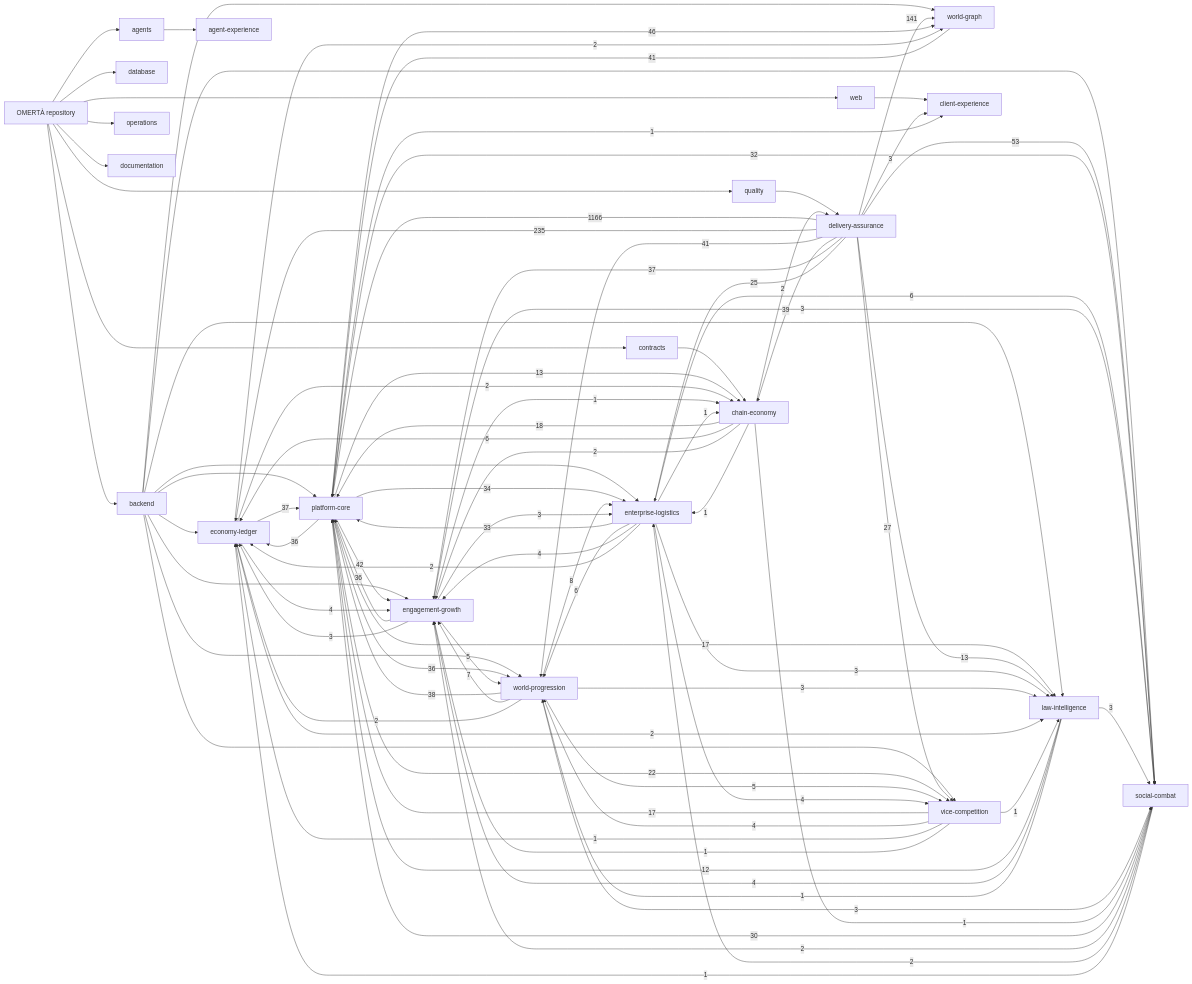
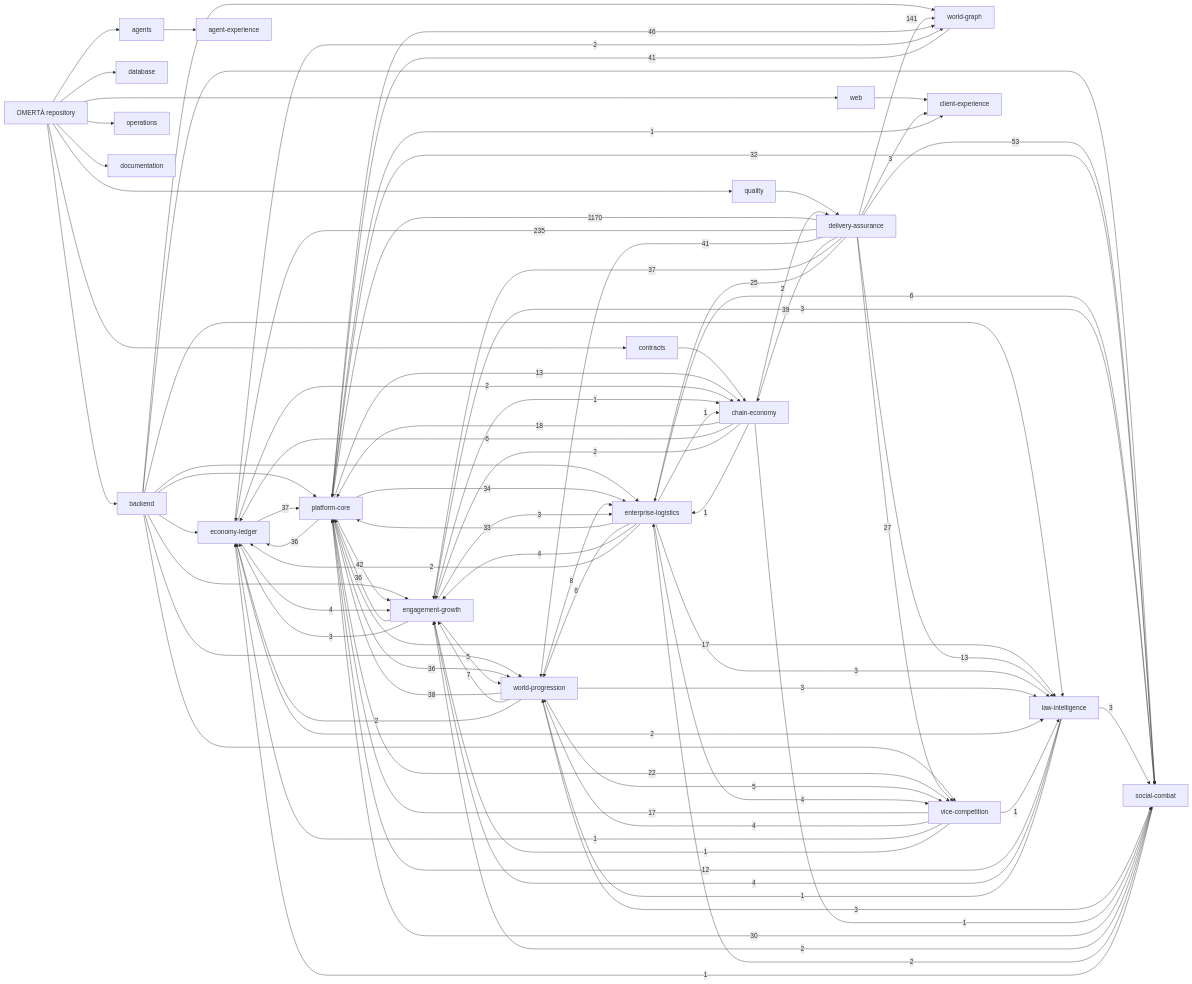
One commit to OmertaDev/Omerta changed the diagram in knowledge/generated/graph.mmd. Above: the diagram before and after it, drawn with Mermaid. The commit also changed 8 other files, not shown here.

```diff
--- a/knowledge/generated/graph.mmd
+++ b/knowledge/generated/graph.mmd
@@ -1,111 +1,111 @@
 flowchart LR
   repo["OMERTÀ repository"]
   sub_backend["backend"]
   repo --> sub_backend
   sub_database["database"]
   repo --> sub_database
   sub_web["web"]
   repo --> sub_web
   sub_contracts["contracts"]
   repo --> sub_contracts
   sub_agents["agents"]
   repo --> sub_agents
   sub_quality["quality"]
   repo --> sub_quality
   sub_operations["operations"]
   repo --> sub_operations
   sub_documentation["documentation"]
   repo --> sub_documentation
   dom_platform-core["platform-core"]
   dom_economy-ledger["economy-ledger"]
   dom_social-combat["social-combat"]
   dom_world-progression["world-progression"]
   dom_world-graph["world-graph"]
   dom_enterprise-logistics["enterprise-logistics"]
   dom_vice-competition["vice-competition"]
   dom_law-intelligence["law-intelligence"]
   dom_chain-economy["chain-economy"]
   dom_engagement-growth["engagement-growth"]
   dom_client-experience["client-experience"]
   dom_agent-experience["agent-experience"]
   dom_delivery-assurance["delivery-assurance"]
   sub_agents --> dom_agent-experience
   sub_backend --> dom_economy-ledger
   sub_backend --> dom_engagement-growth
   sub_backend --> dom_enterprise-logistics
   sub_backend --> dom_law-intelligence
   sub_backend --> dom_platform-core
   sub_backend --> dom_social-combat
   sub_backend --> dom_vice-competition
   sub_backend --> dom_world-graph
   sub_backend --> dom_world-progression
   sub_contracts --> dom_chain-economy
   sub_quality --> dom_delivery-assurance
   sub_web --> dom_client-experience
-  dom_delivery-assurance -->|1166| dom_platform-core
+  dom_delivery-assurance -->|1170| dom_platform-core
   dom_delivery-assurance -->|235| dom_economy-ledger
   dom_delivery-assurance -->|141| dom_world-graph
   dom_delivery-assurance -->|53| dom_social-combat
   dom_platform-core -->|46| dom_world-graph
   dom_platform-core -->|42| dom_engagement-growth
   dom_delivery-assurance -->|41| dom_world-progression
   dom_world-graph -->|41| dom_platform-core
   dom_delivery-assurance -->|39| dom_chain-economy
   dom_world-progression -->|38| dom_platform-core
   dom_delivery-assurance -->|37| dom_engagement-growth
   dom_economy-ledger -->|37| dom_platform-core
   dom_engagement-growth -->|36| dom_platform-core
   dom_platform-core -->|36| dom_economy-ledger
   dom_platform-core -->|36| dom_world-progression
   dom_platform-core -->|34| dom_enterprise-logistics
   dom_enterprise-logistics -->|33| dom_platform-core
   dom_platform-core -->|32| dom_social-combat
   dom_social-combat -->|30| dom_platform-core
   dom_delivery-assurance -->|27| dom_vice-competition
   dom_delivery-assurance -->|25| dom_enterprise-logistics
   dom_platform-core -->|22| dom_vice-competition
   dom_chain-economy -->|18| dom_platform-core
   dom_platform-core -->|17| dom_law-intelligence
   dom_vice-competition -->|17| dom_platform-core
   dom_delivery-assurance -->|13| dom_law-intelligence
   dom_platform-core -->|13| dom_chain-economy
   dom_law-intelligence -->|12| dom_platform-core
   dom_world-progression -->|8| dom_enterprise-logistics
   dom_world-progression -->|7| dom_engagement-growth
   dom_chain-economy -->|6| dom_economy-ledger
   dom_enterprise-logistics -->|6| dom_social-combat
   dom_enterprise-logistics -->|6| dom_world-progression
   dom_engagement-growth -->|5| dom_world-progression
   dom_world-progression -->|5| dom_vice-competition
   dom_economy-ledger -->|4| dom_engagement-growth
   dom_enterprise-logistics -->|4| dom_engagement-growth
   dom_enterprise-logistics -->|4| dom_vice-competition
   dom_law-intelligence -->|4| dom_engagement-growth
   dom_vice-competition -->|4| dom_world-progression
   dom_delivery-assurance -->|3| dom_client-experience
   dom_engagement-growth -->|3| dom_economy-ledger
   dom_engagement-growth -->|3| dom_enterprise-logistics
   dom_engagement-growth -->|3| dom_social-combat
   dom_enterprise-logistics -->|3| dom_law-intelligence
   dom_law-intelligence -->|3| dom_social-combat
   dom_world-progression -->|3| dom_law-intelligence
   dom_world-progression -->|3| dom_social-combat
   dom_chain-economy -->|2| dom_delivery-assurance
   dom_chain-economy -->|2| dom_engagement-growth
   dom_economy-ledger -->|2| dom_chain-economy
   dom_economy-ledger -->|2| dom_law-intelligence
   dom_economy-ledger -->|2| dom_world-graph
   dom_enterprise-logistics -->|2| dom_economy-ledger
   dom_social-combat -->|2| dom_engagement-growth
   dom_social-combat -->|2| dom_enterprise-logistics
   dom_world-progression -->|2| dom_economy-ledger
   dom_chain-economy -->|1| dom_enterprise-logistics
   dom_chain-economy -->|1| dom_social-combat
   dom_engagement-growth -->|1| dom_chain-economy
   dom_enterprise-logistics -->|1| dom_chain-economy
   dom_law-intelligence -->|1| dom_world-progression
   dom_platform-core -->|1| dom_client-experience
   dom_social-combat -->|1| dom_economy-ledger
   dom_vice-competition -->|1| dom_economy-ledger
   dom_vice-competition -->|1| dom_engagement-growth
   dom_vice-competition -->|1| dom_law-intelligence
```
